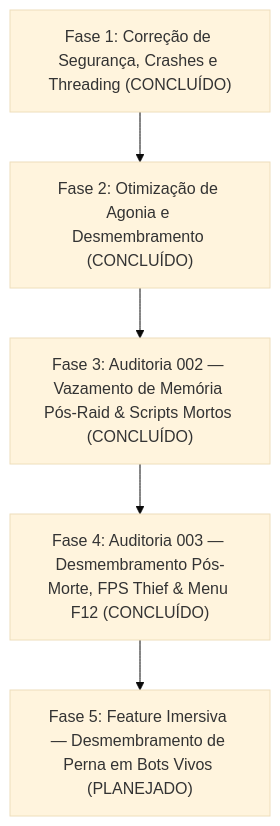
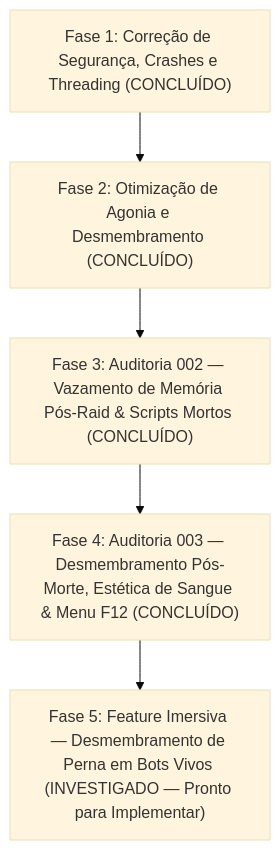
The diagram in mods/VisceralCombat/docs/refactor-roadmap.md (guilhermebvdm/tarkov-spt-4.0), drawn with Mermaid (base theme) before and after one commit. The commit also changed other lines of this file and 2 other files, not shown here.

````diff
--- a/mods/VisceralCombat/docs/refactor-roadmap.md
+++ b/mods/VisceralCombat/docs/refactor-roadmap.md
@@ -28,7 +28,7 @@
 ```mermaid
 graph TD
     Phase1["Fase 1: Correção de Segurança, Crashes e Threading (CONCLUÍDO)"] --> Phase2["Fase 2: Otimização de Agonia e Desmembramento (CONCLUÍDO)"]
     Phase2 --> Phase3["Fase 3: Auditoria 002 — Vazamento de Memória Pós-Raid & Scripts Mortos (CONCLUÍDO)"]
-    Phase3 --> Phase4["Fase 4: Auditoria 003 — Desmembramento Pós-Morte, FPS Thief & Menu F12 (CONCLUÍDO)"]
-    Phase4 --> Phase5["Fase 5: Feature Imersiva — Desmembramento de Perna em Bots Vivos (PLANEJADO)"]
+    Phase3 --> Phase4["Fase 4: Auditoria 003 — Desmembramento Pós-Morte, Estética de Sangue & Menu F12 (CONCLUÍDO)"]
+    Phase4 --> Phase5["Fase 5: Feature Imersiva — Desmembramento de Perna em Bots Vivos (INVESTIGADO — Pronto para Implementar)"]
 ```
````
